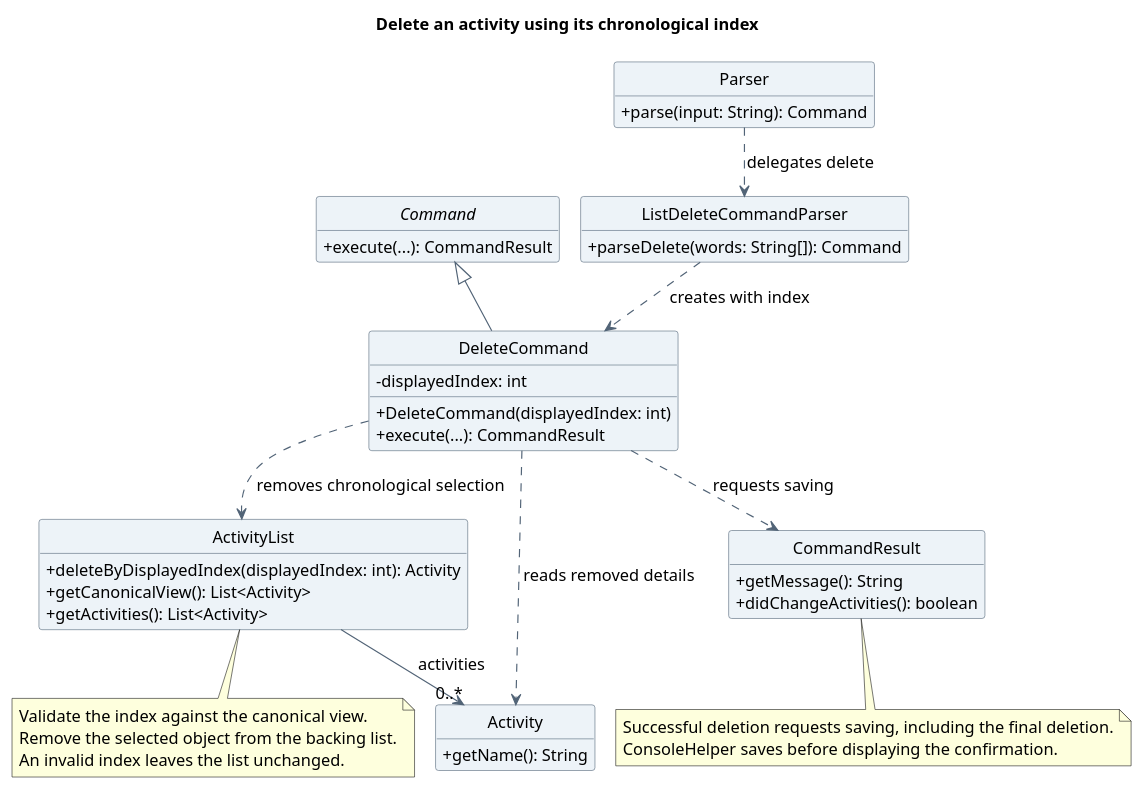
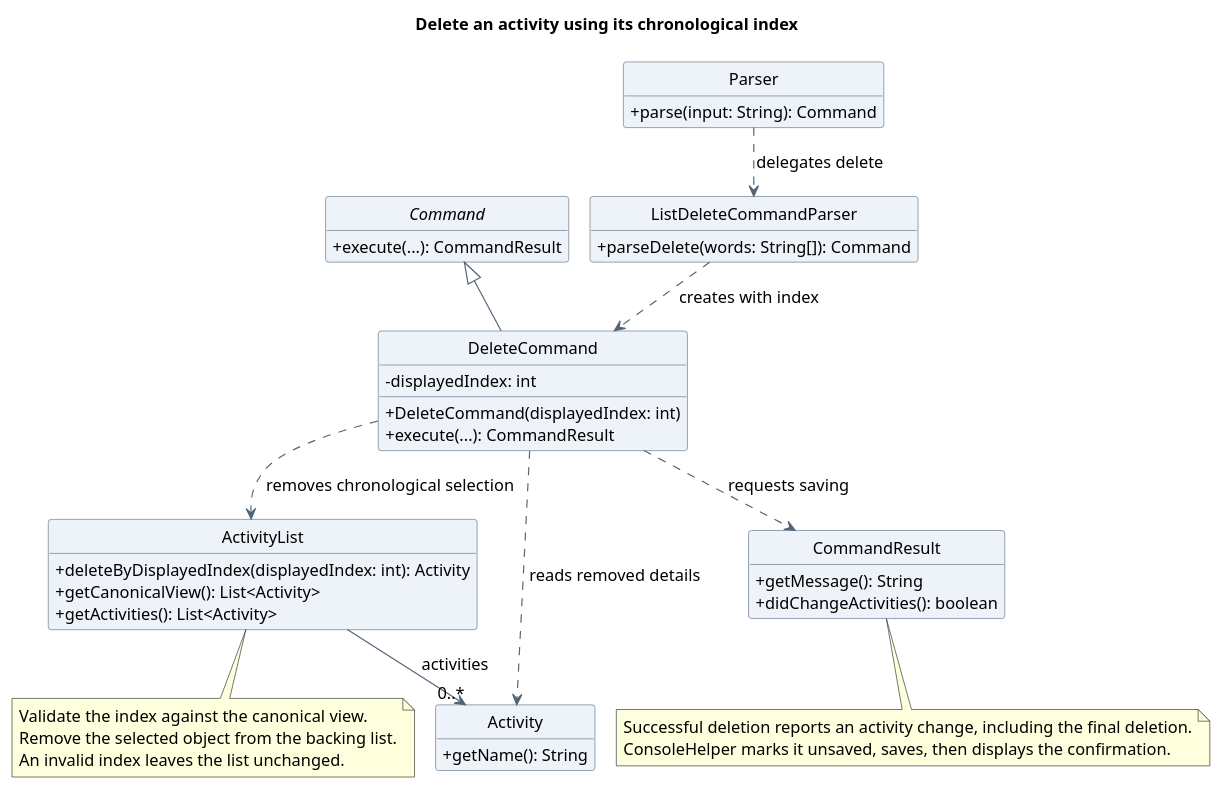
The diagram in docs/diagrams/asyraf/class/DeleteActivityClassDiagram.puml (AY2627S1-CS2113-T10-4/tp), drawn with PlantUML before and after one commit. The commit also changed 1 other file, not shown here.

Commit message:
docs: update Asyraf diagrams
Merge conflict-resolved Asyraf diagram updates.

```diff
--- a/docs/diagrams/asyraf/class/DeleteActivityClassDiagram.puml
+++ b/docs/diagrams/asyraf/class/DeleteActivityClassDiagram.puml
@@ -2,57 +2,57 @@
 @startuml
 !pragma layout smetana
 title Delete an activity using its chronological index
 skinparam backgroundColor white
 skinparam shadowing false
 skinparam defaultFontName SansSerif
 skinparam defaultFontSize 14
 skinparam ArrowColor #526477
 skinparam classAttributeIconSize 0
 skinparam classBackgroundColor #EDF3F8
 skinparam classBorderColor #526477
 hide circle
 hide empty members
 
 abstract class Command {
   +execute(...): CommandResult
 }
 class Parser {
   +parse(input: String): Command
 }
 class ListDeleteCommandParser {
   +parseDelete(words: String[]): Command
 }
 class DeleteCommand {
   -displayedIndex: int
   +DeleteCommand(displayedIndex: int)
   +execute(...): CommandResult
 }
 class ActivityList {
   +deleteByDisplayedIndex(displayedIndex: int): Activity
   +getCanonicalView(): List<Activity>
   +getActivities(): List<Activity>
 }
 class Activity {
   +getName(): String
 }
 class CommandResult {
   +getMessage(): String
   +didChangeActivities(): boolean
 }
 Command <|-- DeleteCommand
 Parser ..> ListDeleteCommandParser : delegates delete
 ListDeleteCommandParser ..> DeleteCommand : creates with index
 DeleteCommand ..> ActivityList : removes chronological selection
 DeleteCommand ..> Activity : reads removed details
 DeleteCommand ..> CommandResult : requests saving
 ActivityList --> "0..*" Activity : activities
 note bottom of ActivityList
   Validate the index against the canonical view.
   Remove the selected object from the backing list.
   An invalid index leaves the list unchanged.
 end note
 note bottom of CommandResult
-  Successful deletion requests saving, including the final deletion.
-  ConsoleHelper saves before displaying the confirmation.
+  Successful deletion reports an activity change, including the final deletion.
+  ConsoleHelper marks it unsaved, saves, then displays the confirmation.
 end note
 @enduml
```
